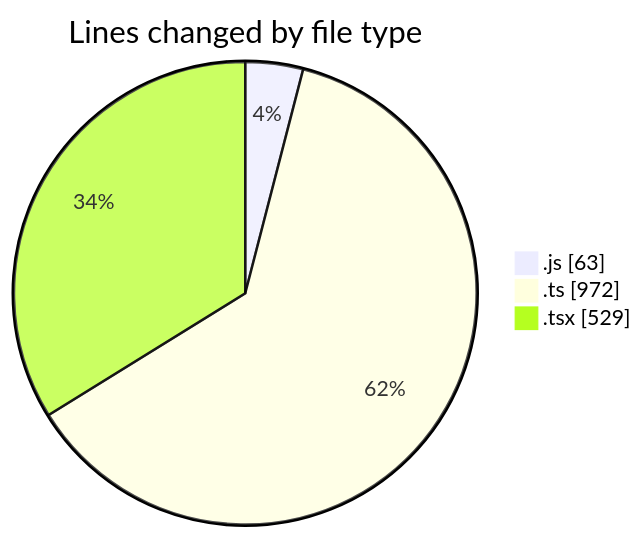
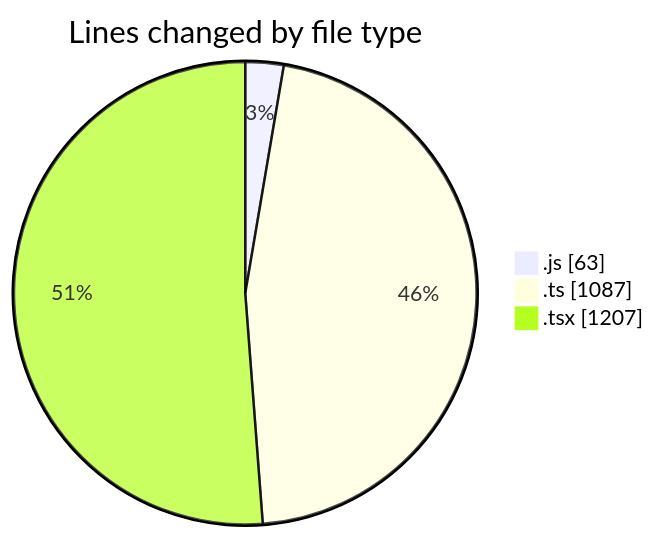
Before and after one commit to momahboobian/code-tracking: the first of 2 diagrams in 2026-08-04/cda/README.md, drawn with Mermaid. The commit also changed other lines of this file and 1 other file, not shown here.

````diff
--- a/2026-08-04/cda/README.md
+++ b/2026-08-04/cda/README.md
@@ -30,7 +35,7 @@
 ```mermaid
 pie showData
 title Lines changed by file type
 ".js" : 63
-".ts" : 972
-".tsx" : 529
+".ts" : 1087
+".tsx" : 1207
 ```
````
